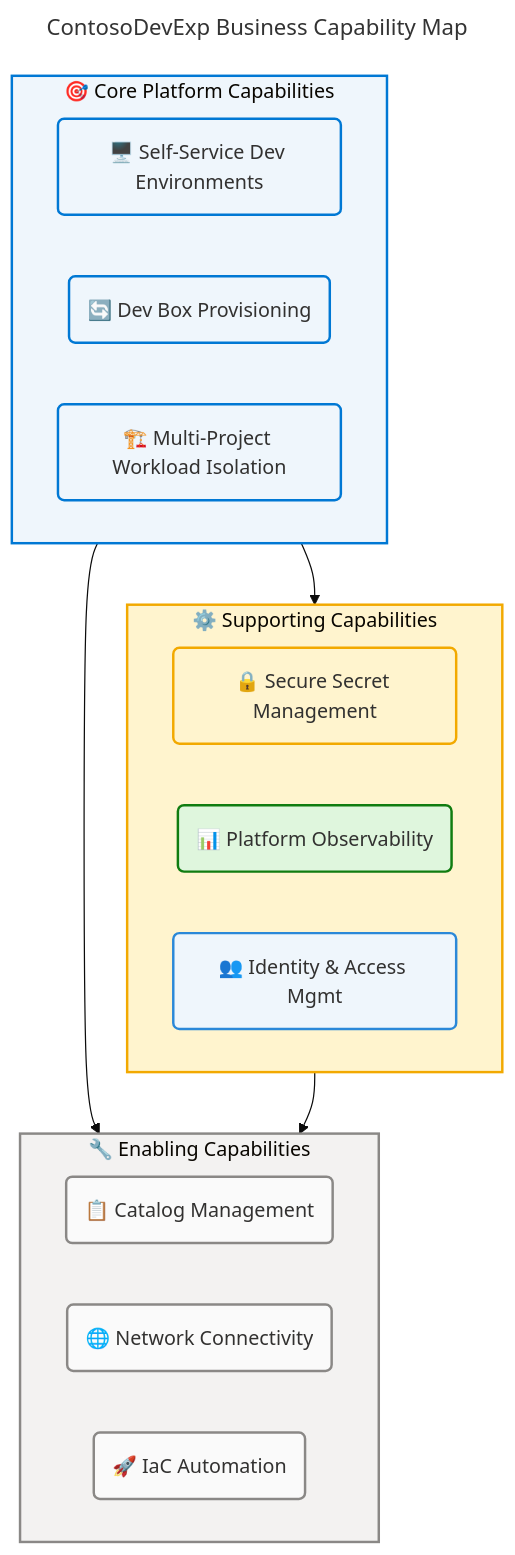
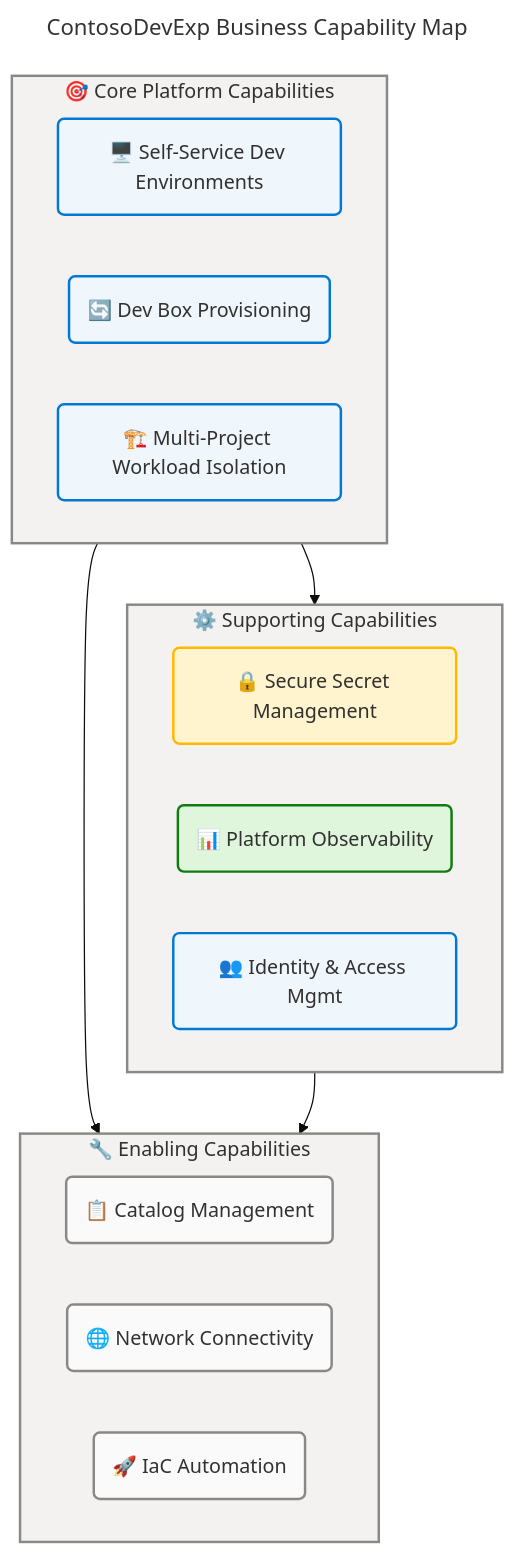
The second of 6 diagrams in docs/architecture/bus-arch.md (Evilazaro/DevExp-DevBox), drawn with Mermaid before and after one commit. The commit also changed other lines of this file, not shown here.

Commit message:
Add organizational structure and architecture principles diagrams to documentation

````diff
--- a/docs/architecture/bus-arch.md
+++ b/docs/architecture/bus-arch.md
@@ -285,60 +349,60 @@
 ```mermaid
 ---
 title: ContosoDevExp Business Capability Map
 config:
   theme: base
   look: classic
   layout: dagre
   themeVariables:
     fontSize: '16px'
   flowchart:
     htmlLabels: true
 ---
 flowchart TB
     accTitle: ContosoDevExp Business Capability Map
     accDescr: Hierarchical business capability map for the ContosoDevExp Developer Experience platform showing core, supporting, and enabling capabilities organized by level.
 
     %% ═══════════════════════════════════════════════════════════════════════════
     %% AZURE / FLUENT ARCHITECTURE PATTERN v2.0
     %% (Semantic + Structural + Font + Accessibility Governance)
     %% ═══════════════════════════════════════════════════════════════════════════
     %% PHASE 1 - FLUENT UI: All styling uses approved Fluent UI palette only
     %% PHASE 2 - GROUPS: Every subgraph has semantic color via style directive
     %% PHASE 3 - COMPONENTS: Every node has semantic classDef + icon prefix
     %% PHASE 4 - ACCESSIBILITY: accTitle/accDescr present, WCAG AA contrast
     %% PHASE 5 - STANDARD: Governance block present, classDefs centralized
     %% ═══════════════════════════════════════════════════════════════════════════
 
     subgraph L1["🎯 Core Platform Capabilities"]
         C1("🖥️ Self-Service Dev Environments"):::core
         C2("🔄 Dev Box Provisioning"):::core
         C3("🏗️ Multi-Project Workload Isolation"):::core
     end
 
     subgraph L2["⚙️ Supporting Capabilities"]
         S1("🔒 Secure Secret Management"):::security
         S2("📊 Platform Observability"):::monitoring
         S3("👥 Identity & Access Mgmt"):::identity
     end
 
     subgraph L3["🔧 Enabling Capabilities"]
         E1("📋 Catalog Management"):::neutral
         E2("🌐 Network Connectivity"):::neutral
         E3("🚀 IaC Automation"):::neutral
     end
 
     L1 --> L2
     L1 --> L3
     L2 --> L3
 
     %% Centralized classDef palette (AZURE/FLUENT v1.1)
     classDef core fill:#EFF6FC,stroke:#0078D4,stroke-width:2px,color:#323130
-    classDef security fill:#FFF4CE,stroke:#F2A900,stroke-width:2px,color:#323130
+    classDef security fill:#FFF4CE,stroke:#FFB900,stroke-width:2px,color:#323130
     classDef monitoring fill:#DFF6DD,stroke:#107C10,stroke-width:2px,color:#323130
-    classDef identity fill:#EFF6FC,stroke:#2B88D8,stroke-width:2px,color:#323130
+    classDef identity fill:#EFF6FC,stroke:#0078D4,stroke-width:2px,color:#323130
     classDef neutral fill:#FAFAFA,stroke:#8A8886,stroke-width:2px,color:#323130
 
-    style L1 fill:#EFF6FC,stroke:#0078D4,stroke-width:2px
-    style L2 fill:#FFF4CE,stroke:#F2A900,stroke-width:2px
-    style L3 fill:#F3F2F1,stroke:#8A8886,stroke-width:2px
+    style L1 fill:#F3F2F1,stroke:#8A8886,stroke-width:2px,color:#323130
+    style L2 fill:#F3F2F1,stroke:#8A8886,stroke-width:2px,color:#323130
+    style L3 fill:#F3F2F1,stroke:#8A8886,stroke-width:2px,color:#323130
 ```
````
